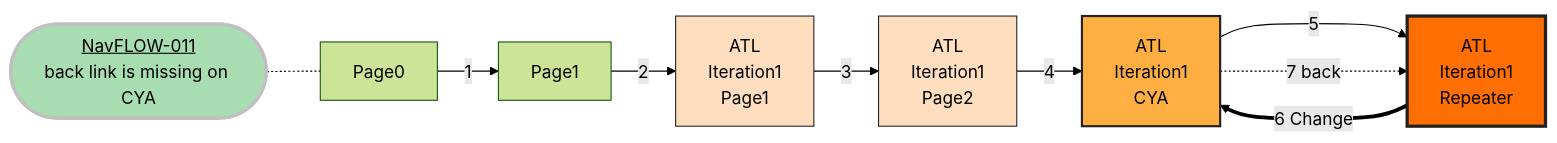
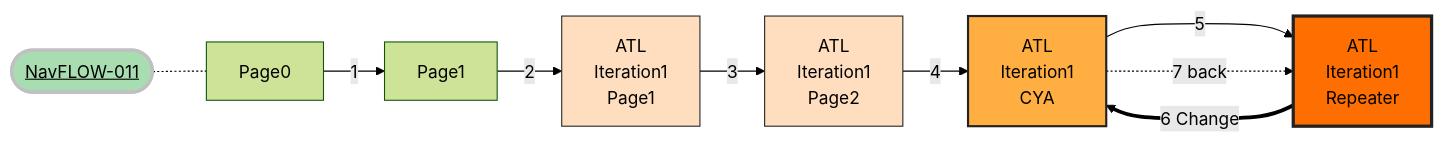
Diagram 11 of 20 in Navigation.md (hmrc/gform-frontend), drawn with Mermaid before and after one commit. The commit also changed other lines of this file, not shown here.

````diff
--- a/Navigation.md
+++ b/Navigation.md
@@ -315,26 +315,26 @@
 ```mermaid
 %%{init: {'theme': 'forest', "flowchart" : { "curve" : "basis" } } }%%
 graph LR;
-    title([<u>NavFLOW-011</u><br>back link is missing on CYA])
+    title([<u>NavFLOW-011</u>])
     title -.- Page0
     Page0 --> |1| Page1
     Page1 --> |2| ATLPage1["ATL<br>Iteration1<br>Page1"]
     ATLPage1 --> |3| ATLPage2["ATL<br>Iteration1<br>Page2"]
     ATLPage2 --> |4| ATLCYA1["ATL<br>Iteration1<br>CYA"]
     ATLCYA1 --> |5| ATLRepeater["ATL<br>Iteration1<br>Repeater"]
     ATLRepeater ===> |6 Change|ATLCYA1
     ATLCYA1 -.7 back.-> ATLRepeater
 
     classDef orange fill:#fedebe,stroke:#222,stroke-width:1px
     classDef orangeCYA fill:#ffaf42,stroke:#222,stroke-width:2px
     classDef orangeRepeater fill:#fe6e00,stroke:#222,stroke-width:3px
     class ATLRepeater orangeRepeater
     class ATLCYA1 orangeCYA
     class ATLPage2 orange
     class ATLPage1 orange
     classDef greenTitle fill:#a8ddb1 ,stroke:#c0c0c2,stroke-width:3px
     classDef redTitle fill:#c21807 ,stroke:#c0c0c2,stroke-width:3px
     class title greenTitle
 
 
 ```
````
